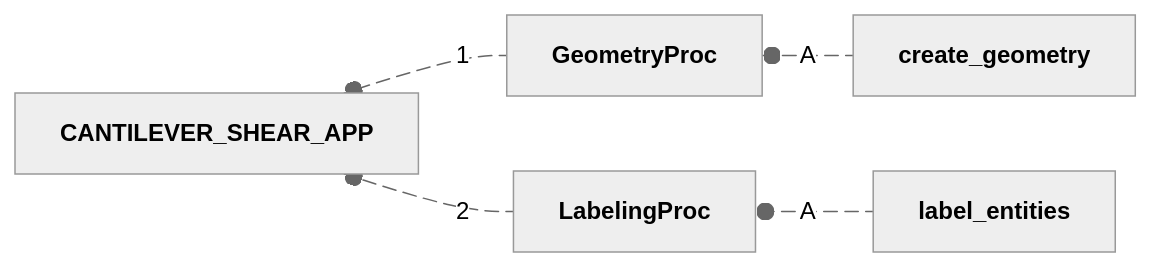
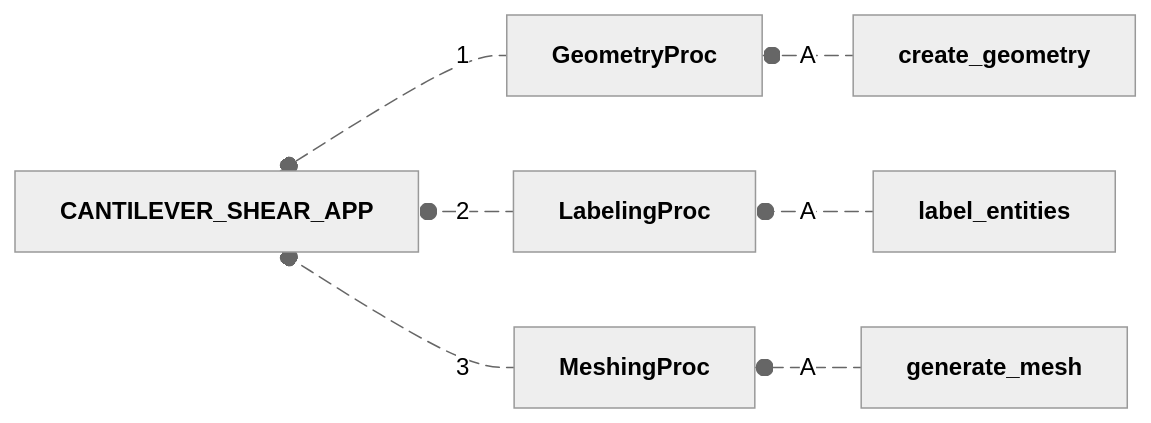
One commit to nuremics/sim-labs changed the first of 8 diagrams in src/nuremics_labs/apps/simulation/CANTILEVER_SHEAR_APP/README.md. Above: the diagram before and after it, drawn with Mermaid (neutral theme). The commit also changed other lines of this file and 10 other files, not shown here.

Commit message:
add MeshProc

````diff
--- a/src/nuremics_labs/apps/simulation/CANTILEVER_SHEAR_APP/README.md
+++ b/src/nuremics_labs/apps/simulation/CANTILEVER_SHEAR_APP/README.md
@@ -14,11 +17,15 @@
 ```mermaid
 flowchart RL
   Proc1[<b>GeometryProc<b>] e1@--1--o App[<b>CANTILEVER_SHEAR_APP<b>]
   Proc2[<b>LabelingProc<b>] e2@--2--o App
-  Op11[<b>create_geometry<b>] e3@--A--o Proc1
-  Op21[<b>label_entities<b>] e4@--A--o Proc2
+  Proc3[<b>MeshingProc<b>] e3@--3--o App
+  Op11[<b>create_geometry<b>] e4@--A--o Proc1
+  Op21[<b>label_entities<b>] e5@--A--o Proc2
+  Op31[<b>generate_mesh<b>] e6@--A--o Proc3
   e1@{ animate: true }
   e2@{ animate: true }
   e3@{ animate: true }
   e4@{ animate: true }
+  e5@{ animate: true }
+  e6@{ animate: true }
 ```
````
